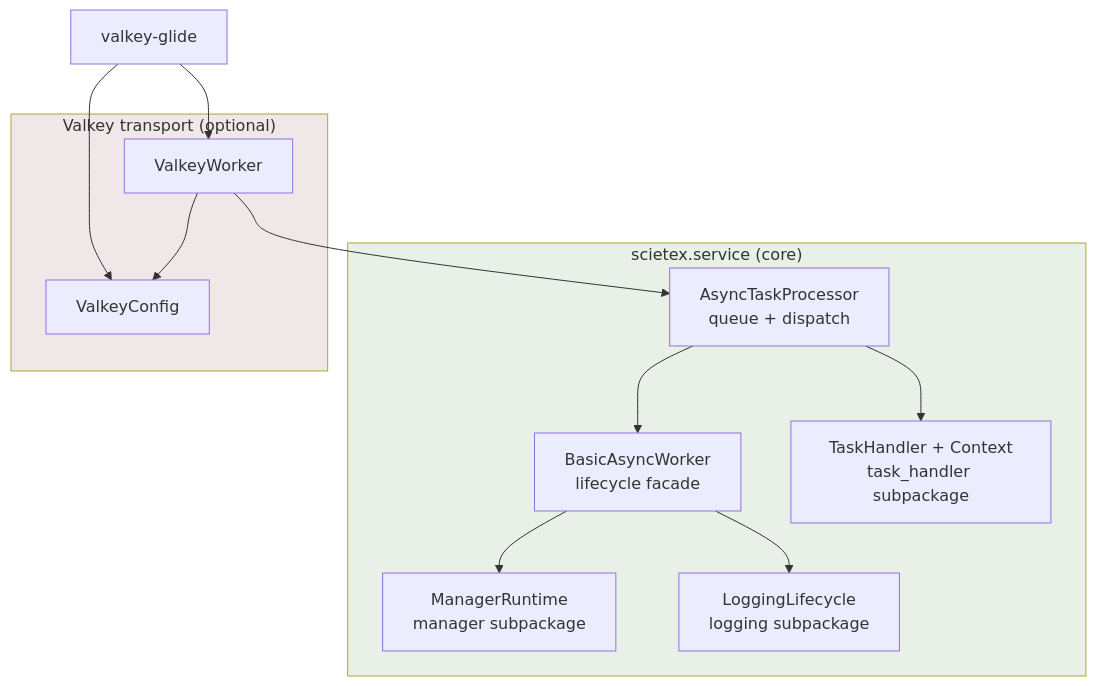
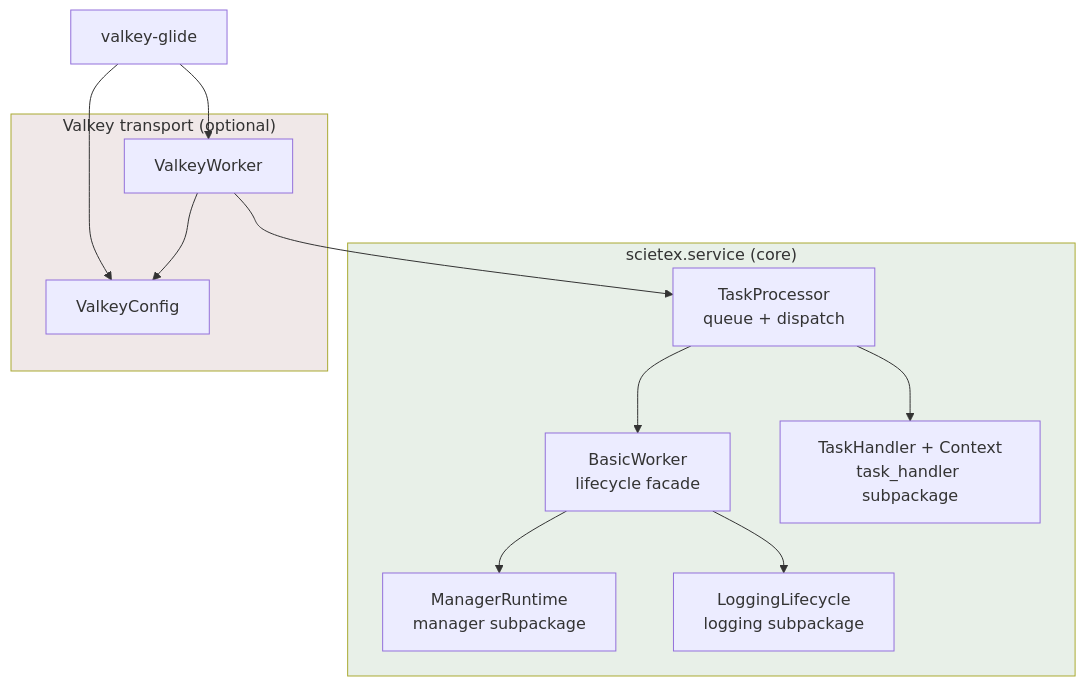
One commit to bond-anton/scietex.service changed the diagram in docs/reviews/architecture/2026-09-08.md. Above: the diagram before and after it, drawn with Mermaid. The commit also changed other lines of this file and 13 other files, not shown here.

First line of the commit message:
docs: sync class-name and file references after BasicWorker/TaskProcessor rename

````diff
--- a/docs/reviews/architecture/2026-09-08.md
+++ b/docs/reviews/architecture/2026-09-08.md
@@ -616,27 +616,27 @@
 ```mermaid
 graph TD
     subgraph Core["scietex.service (core)"]
-        BAW[BasicAsyncWorker<br/>lifecycle facade]
+        BAW[BasicWorker<br/>lifecycle facade]
         MR[ManagerRuntime<br/>manager subpackage]
         LL[LoggingLifecycle<br/>logging subpackage]
-        ATP[AsyncTaskProcessor<br/>queue + dispatch]
+        ATP[TaskProcessor<br/>queue + dispatch]
         TH[TaskHandler + Context<br/>task_handler subpackage]
         BAW --> MR
         BAW --> LL
         ATP --> BAW
         ATP --> TH
     end
 
     subgraph Feature["Valkey transport (optional)"]
         VW[ValkeyWorker]
         VC[ValkeyConfig]
         VW --> ATP
         VW --> VC
     end
 
     Glide[valkey-glide] --> VW
     Glide --> VC
 
     style Core fill:#e8f0e8
     style Feature fill:#f0e8e8
 ```
````
